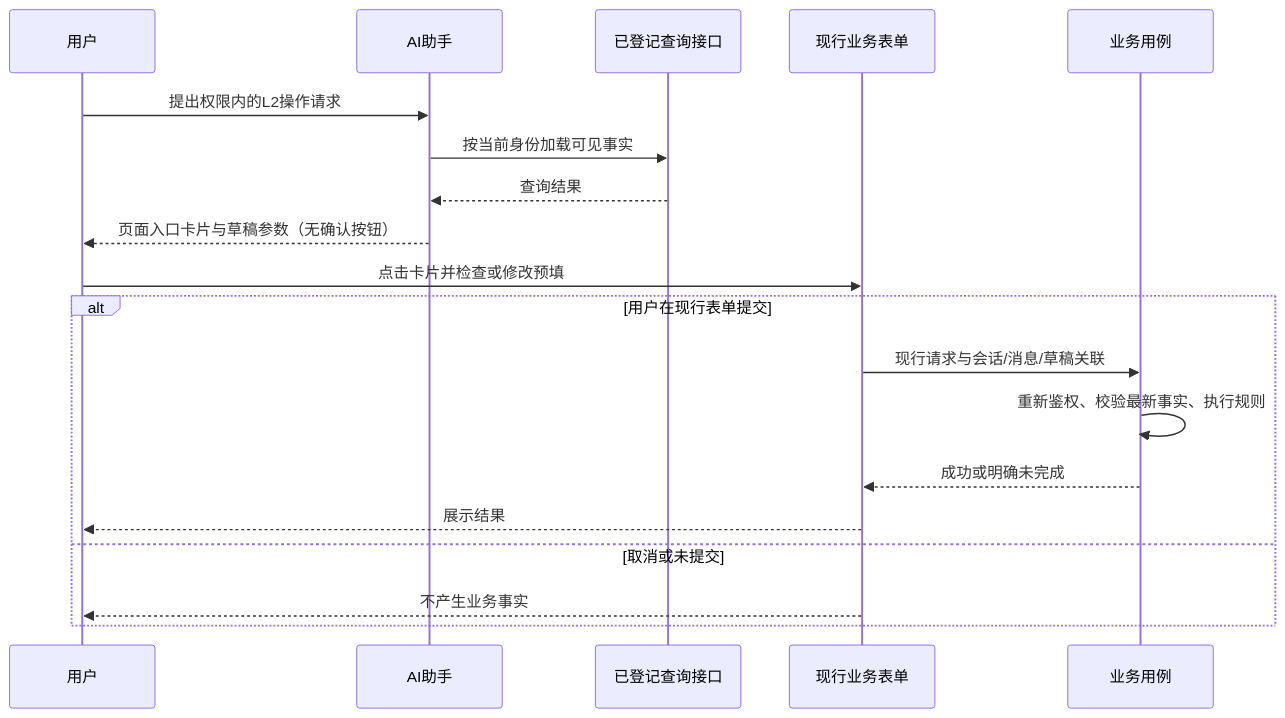
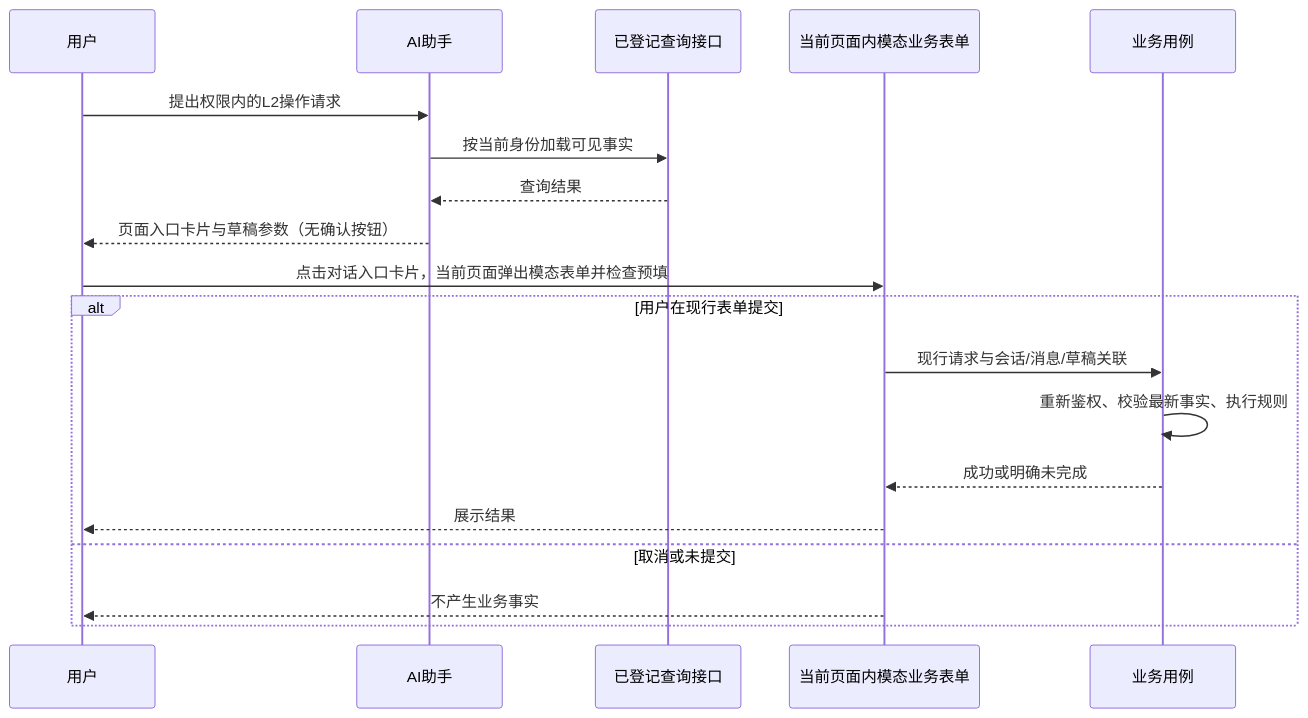
Before and after one commit to whitecait/MyLibrarySystem: the fifth of 13 diagrams in docs/02-overall-design/MLS-DOC-OD-0002.md, drawn with Mermaid. The commit also changed other lines of this file and 45 other files, not shown here.

````diff
--- a/docs/02-overall-design/MLS-DOC-OD-0002.md
+++ b/docs/02-overall-design/MLS-DOC-OD-0002.md
@@ -175,21 +272,21 @@
 ```mermaid
 sequenceDiagram
     participant U as 用户
     participant AI as AI助手
     participant Q as 已登记查询接口
-    participant P as 现行业务表单
+    participant P as 当前页面内模态业务表单
     participant B as 业务用例
     U->>AI: 提出权限内的L2操作请求
     AI->>Q: 按当前身份加载可见事实
     Q-->>AI: 查询结果
     AI-->>U: 页面入口卡片与草稿参数（无确认按钮）
-    U->>P: 点击卡片并检查或修改预填
+    U->>P: 点击对话入口卡片，当前页面弹出模态表单并检查预填
     alt 用户在现行表单提交
         P->>B: 现行请求与会话/消息/草稿关联
         B->>B: 重新鉴权、校验最新事实、执行规则
         B-->>P: 成功或明确未完成
         P-->>U: 展示结果
     else 取消或未提交
         P-->>U: 不产生业务事实
     end
 ```
````
